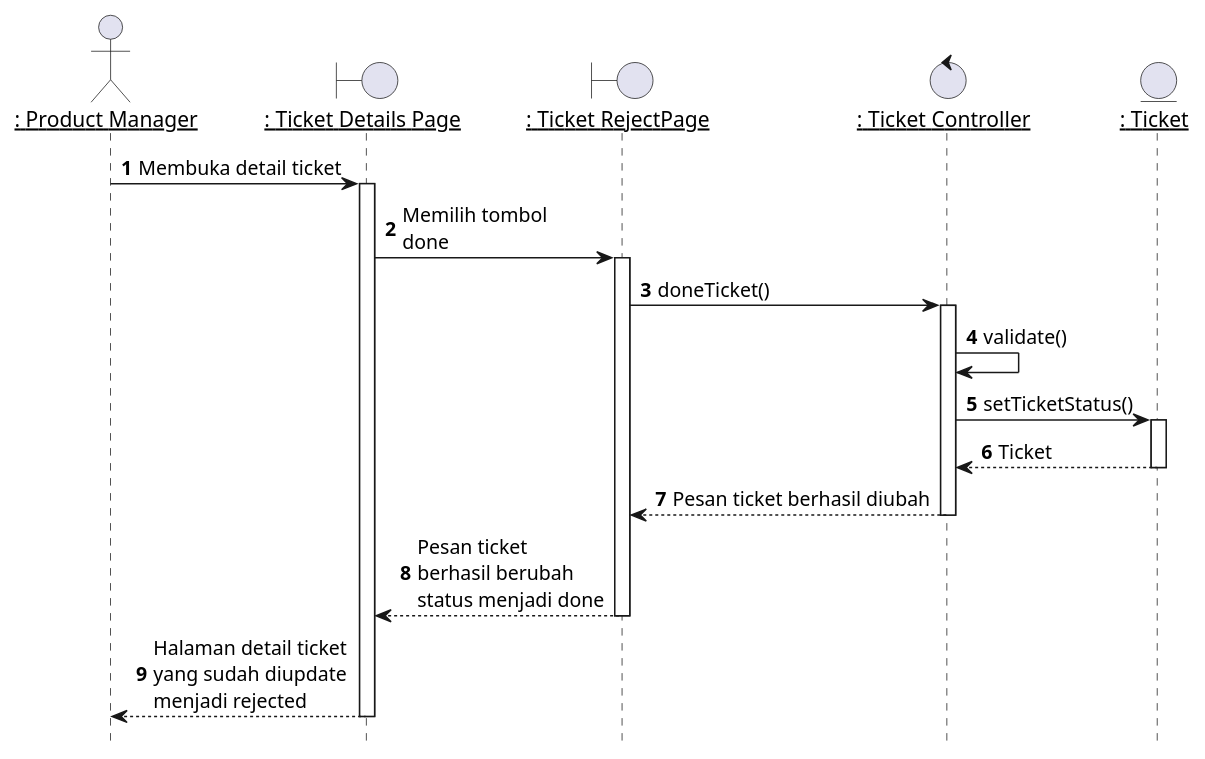
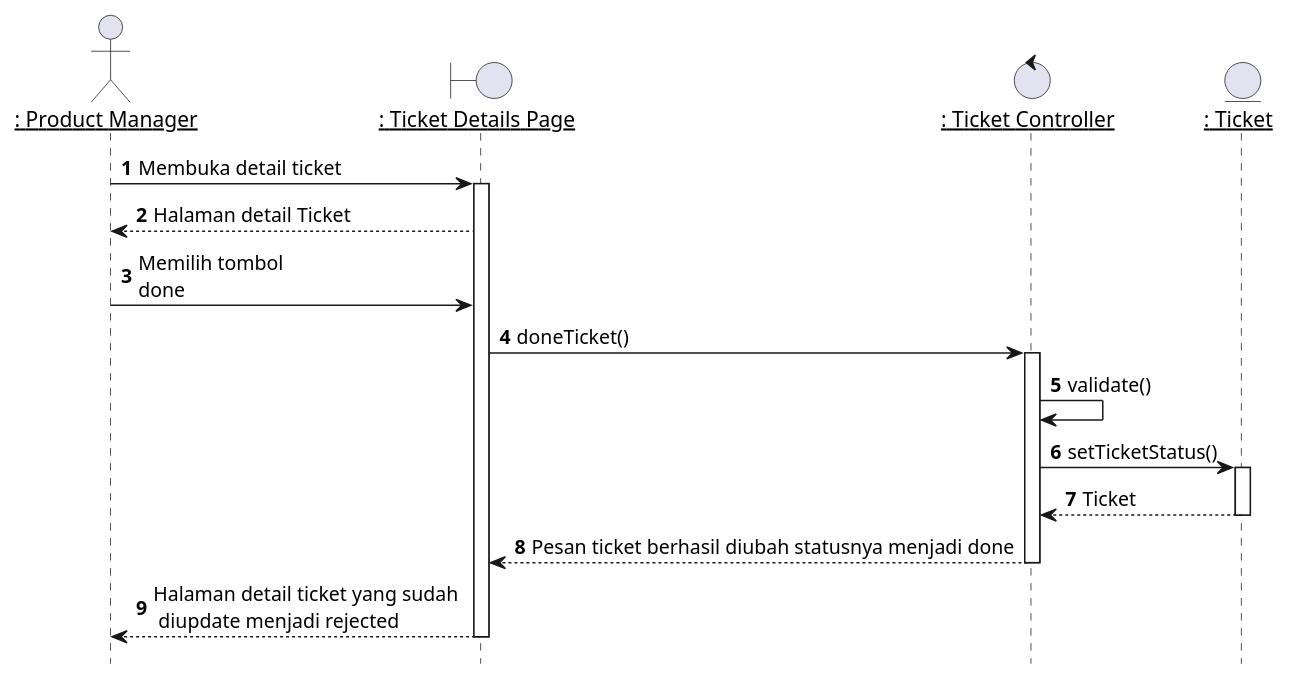
Before and after one commit to TAS-PKL/Laporan-PKL-Ticketing: the diagram in plantuml/sequence/ipm/ipm8.puml, drawn with PlantUML. The commit also changed 5 other files, not shown here.

Commit message:
save sequence

```diff
--- a/plantuml/sequence/ipm/ipm8.puml
+++ b/plantuml/sequence/ipm/ipm8.puml
@@ -1,42 +1,44 @@
 @startuml Mengubah Status Ticket Menjadi Done
 
 ' title "Mengubah Status Ticket Menjadi Done"
 hide footbox
 
 actor IPM as "__: Product Manager__"
 boundary TicketPage as "__: Ticket Details Page__"
-boundary TicketRejectPage as "__: Ticket RejectPage__"
 control TicketController as "__: Ticket Controller__"
 entity Ticket as "__: Ticket__"
 
 autonumber 1
 'list
 IPM -> TicketPage: Membuka detail ticket
 activate TicketPage
 
-TicketPage -> TicketRejectPage : Memilih tombol\ndone
-activate TicketRejectPage
+TicketPage --> IPM: Halaman detail Ticket
 
 
-TicketRejectPage -> TicketController: doneTicket()
+IPM -> TicketPage : Memilih tombol\ndone
+
+TicketPage -> TicketController: doneTicket()
 activate TicketController
+
+
+
 
 TicketController -> TicketController: validate()
 
 TicketController -> Ticket: setTicketStatus()
 activate Ticket
 
 Ticket --> TicketController : Ticket
 deactivate Ticket
 
-TicketController --> TicketRejectPage : Pesan ticket berhasil diubah
+TicketController --> TicketPage : Pesan ticket berhasil diubah statusnya menjadi done
 deactivate TicketController
 
-TicketRejectPage --> TicketPage : Pesan ticket\nberhasil berubah\nstatus menjadi done
-deactivate TicketRejectPage
+' TicketPage -> TicketPage : Pesan ticket berhasil \n berubah status menjadi done
 
-TicketPage --> IPM : Halaman detail ticket\nyang sudah diupdate\nmenjadi rejected
+TicketPage --> IPM : Halaman detail ticket yang sudah \n diupdate menjadi rejected
 deactivate TicketPage
 
 
 @enduml
```
